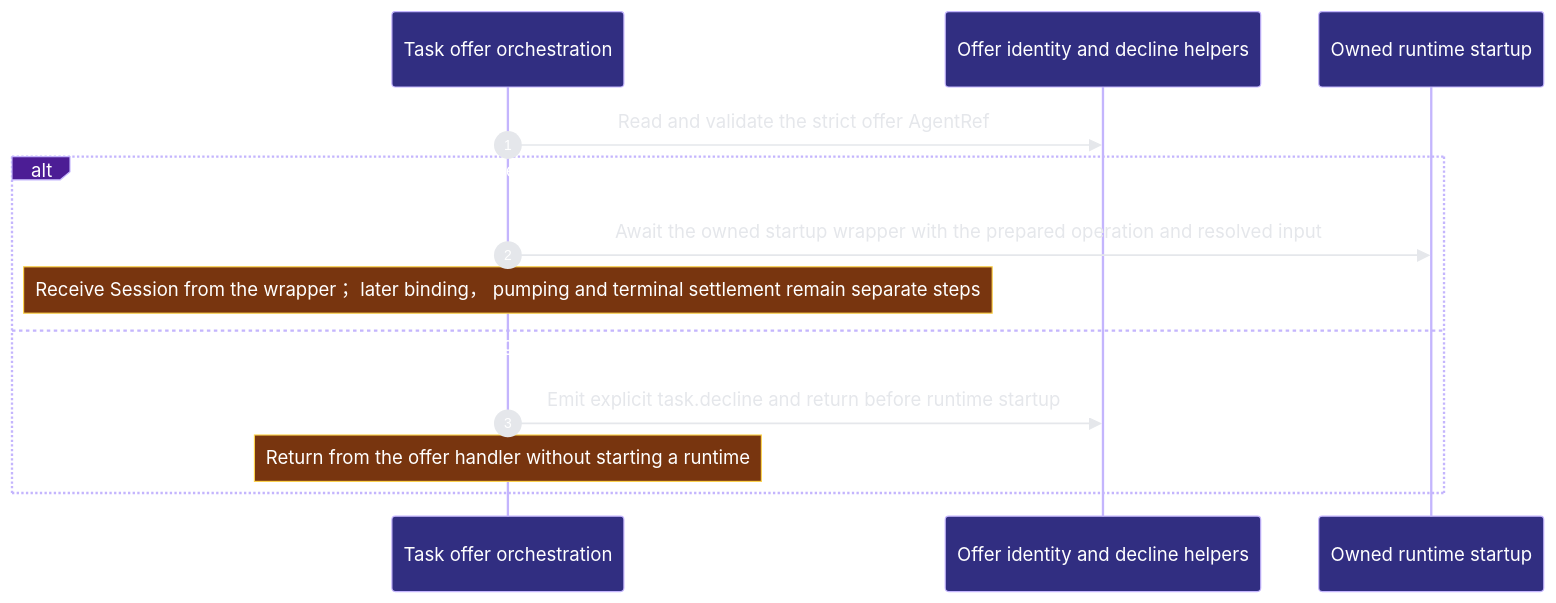
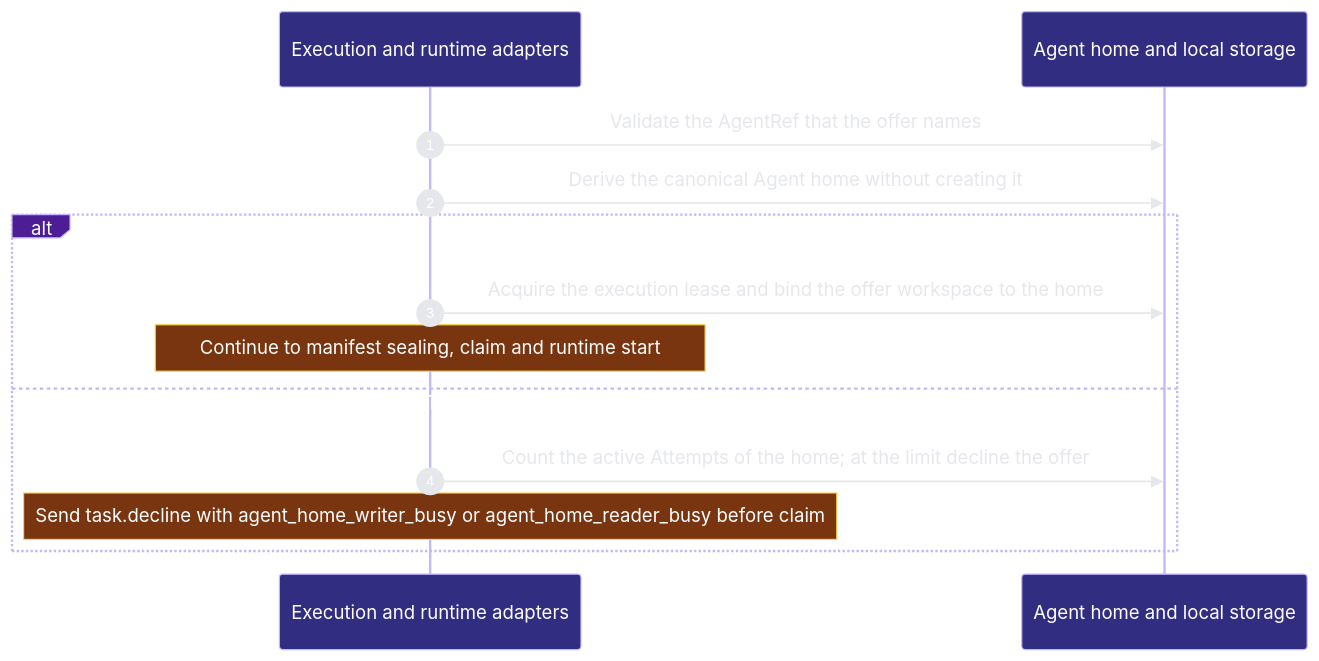
One commit to Ancienttwo/byok-sdk changed the second of 2 diagrams in docs/architecture/modules/sdk/sdk-root.md. Above: the diagram before and after it, drawn with Mermaid. The commit also changed other lines of this file and 1 other file, not shown here.

First line of the commit message:
docs(architecture): rebaseline the projection on the adopted model

````diff
--- a/docs/architecture/modules/sdk/sdk-root.md
+++ b/docs/architecture/modules/sdk/sdk-root.md
@@ -57,16 +94,16 @@
 ```mermaid
 %%{init: {"theme":"base","themeVariables":{"background":"#0d1117","actorBkg":"#312e81","actorBorder":"#c4b5fd","actorTextColor":"#ffffff","signalColor":"#e5e7eb","signalTextColor":"#e5e7eb","labelBoxBkgColor":"#4c1d95","labelBoxBorderColor":"#c4b5fd","labelTextColor":"#ffffff","noteBkgColor":"#78350f","noteBorderColor":"#fcd34d","noteTextColor":"#ffffff","sequenceNumberColor":"#ffffff"}}}%%
 sequenceDiagram
   autonumber
-  participant p2_runner_4c5ce8b1 as Task offer orchestration
-  participant p2_validation_56a509f1 as Offer identity and decline helpers
-  participant p2_startup_a2789b63 as Owned runtime startup
-  p2_runner_4c5ce8b1->>p2_validation_56a509f1: Read and validate the strict offer AgentRef
-  alt Offer passes local admission， input resolution and preparation
-  p2_runner_4c5ce8b1->>p2_startup_a2789b63: Await the owned startup wrapper with the prepared operation and resolved input
-    Note over p2_runner_4c5ce8b1: Receive Session from the wrapper； later binding， pumping and terminal settlement remain separate steps
-  else Invalid AgentRef or required local Agent-home capability unavailable
-  p2_runner_4c5ce8b1->>p2_validation_56a509f1: Emit explicit task.decline and return before runtime startup
-    Note over p2_runner_4c5ce8b1: Return from the offer handler without starting a runtime
+  participant p2_runner_4c5ce8b1 as Execution and runtime adapters
+  participant p2_home_58695d27 as Agent home and local storage
+  p2_runner_4c5ce8b1->>p2_home_58695d27: Validate the AgentRef that the offer names
+  p2_runner_4c5ce8b1->>p2_home_58695d27: Derive the canonical Agent home without creating it
+  alt The home has a free writer or reader slot
+  p2_runner_4c5ce8b1->>p2_home_58695d27: Acquire the execution lease and bind the offer workspace to the home
+    Note over p2_runner_4c5ce8b1: Continue to manifest sealing#44; claim and runtime start
+  else The home is at its writer or reader limit
+  p2_runner_4c5ce8b1->>p2_home_58695d27: Count the active Attempts of the home#59; at the limit decline the offer
+    Note over p2_runner_4c5ce8b1: Send task.decline with agent_home_writer_busy or agent_home_reader_busy before claim
   end
 ```
````
